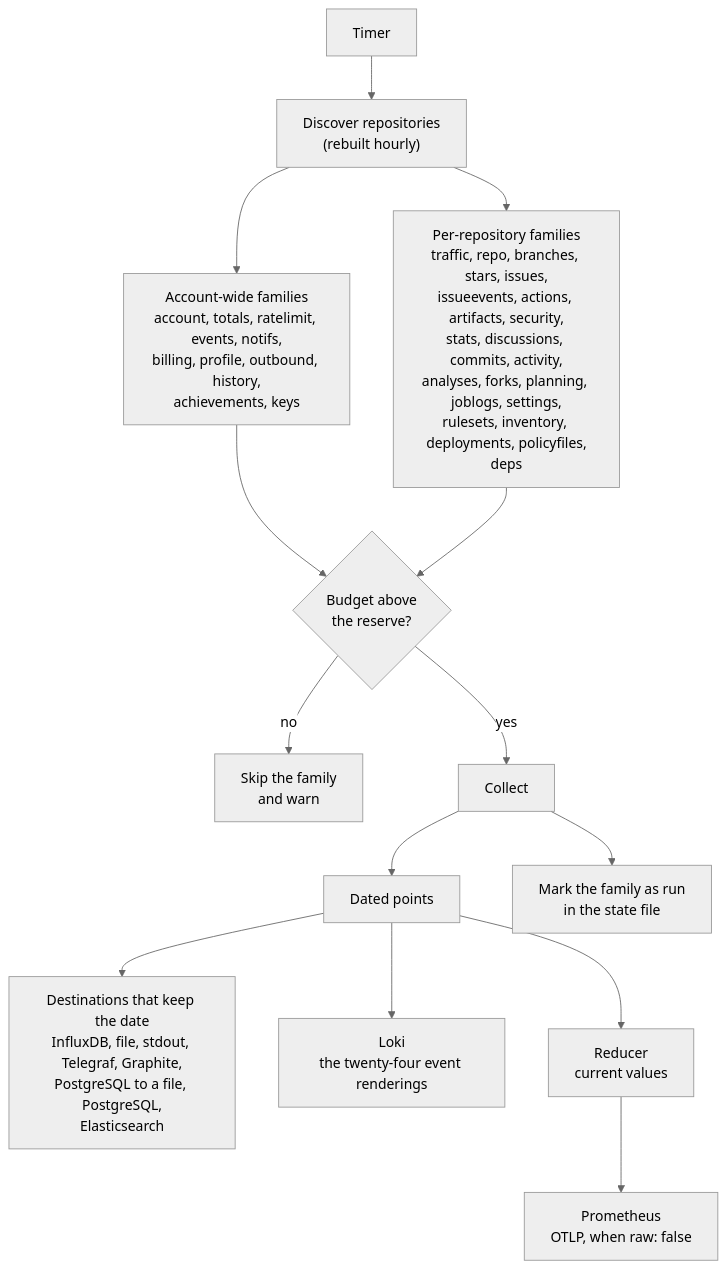
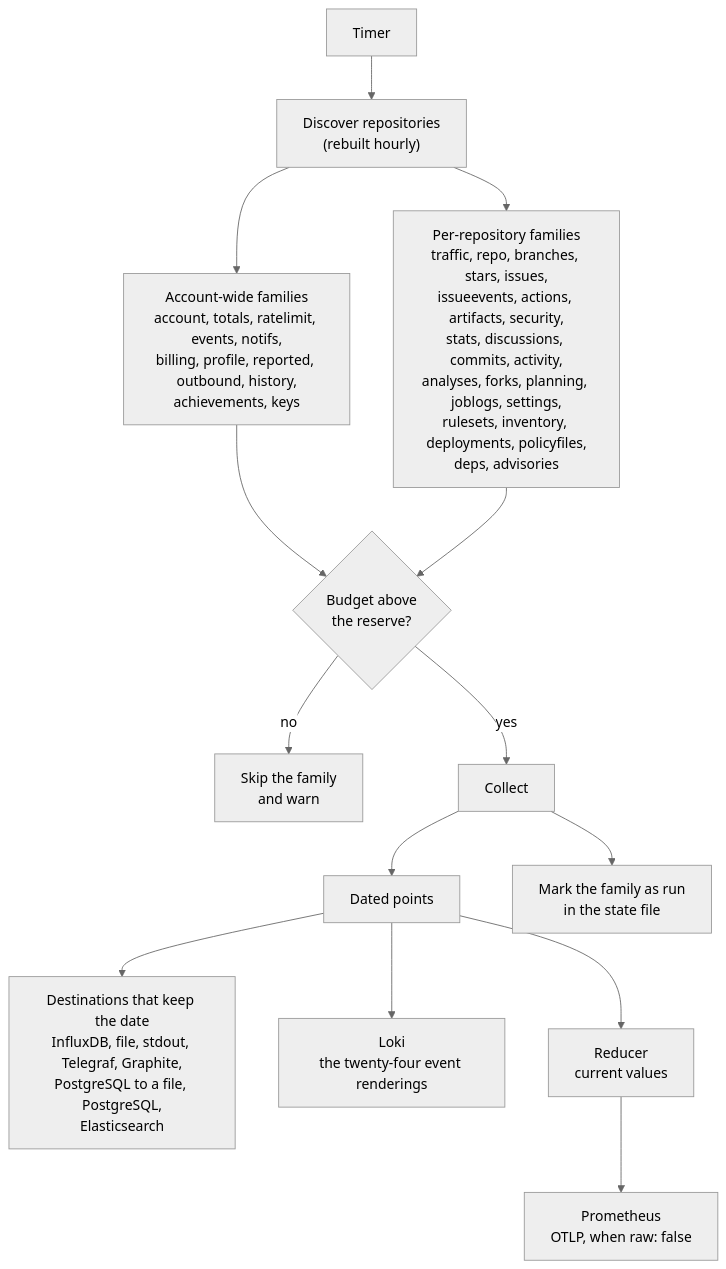
One commit to jmrplens/ghchronicle changed the diagram in site/src/content/docs/how/index.mdx. Above: the diagram before and after it, drawn with Mermaid (neutral theme). The commit also changed 32 other files, not shown here.

````diff
--- a/site/src/content/docs/how/index.mdx
+++ b/site/src/content/docs/how/index.mdx
@@ -22,17 +22,17 @@
 ```mermaid
 %% Generated by site/scripts/gen-figures.mjs from internal/config/config.go and internal/run/runner.go
 flowchart TD
     T["Timer"] --> D["Discover repositories<br/>(rebuilt hourly)"]
-    D --> A["Account-wide families<br/>account, totals, ratelimit, events, notifs,<br/>billing, profile, outbound, history,<br/>achievements, keys"]
-    D --> R["Per-repository families<br/>traffic, repo, branches, stars, issues,<br/>issueevents, actions, artifacts, security,<br/>stats, discussions, commits, activity,<br/>analyses, forks, planning, joblogs, settings,<br/>rulesets, inventory, deployments, policyfiles,<br/>deps"]
+    D --> A["Account-wide families<br/>account, totals, ratelimit, events, notifs,<br/>billing, profile, reported, outbound, history,<br/>achievements, keys"]
+    D --> R["Per-repository families<br/>traffic, repo, branches, stars, issues,<br/>issueevents, actions, artifacts, security,<br/>stats, discussions, commits, activity,<br/>analyses, forks, planning, joblogs, settings,<br/>rulesets, inventory, deployments, policyfiles,<br/>deps, advisories"]
     A --> B{"Budget above<br/>the reserve?"}
     R --> B
     B -- "no" --> S["Skip the family<br/>and warn"]
     B -- "yes" --> C["Collect"]
     C --> P["Dated points"]
     P --> H["Destinations that keep the date<br/>InfluxDB, file, stdout, Telegraf, Graphite,<br/>PostgreSQL to a file, PostgreSQL,<br/>Elasticsearch"]
     P --> L["Loki<br/>the twenty-four event renderings"]
     P --> RD["Reducer<br/>current values"]
     RD --> G["Prometheus<br/>OTLP, when raw: false"]
     C --> M["Mark the family as run<br/>in the state file"]
 ```
````
